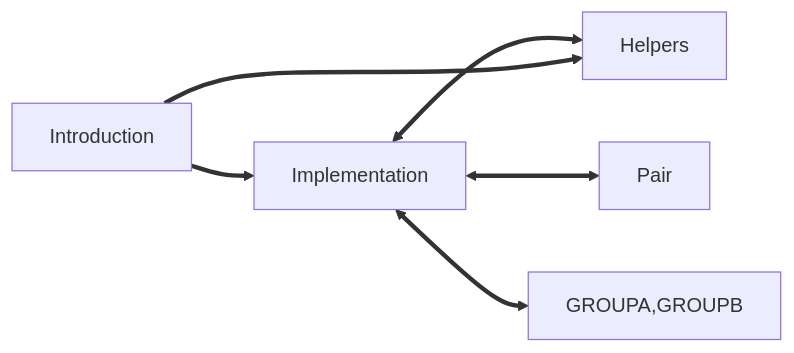
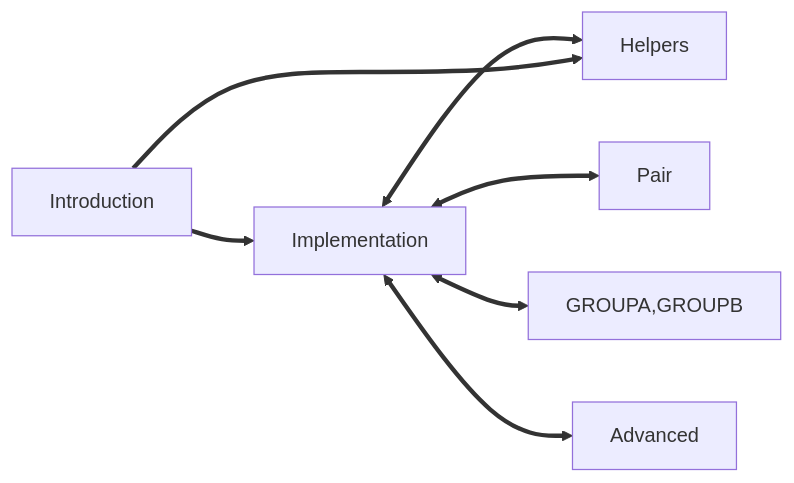
Before and after one commit to Iximiel/cudaOnPlumed: the diagram in NAVIGATION.md, drawn with Mermaid. The commit also changed 2 other files, not shown here.

Commit message:
Starting to desctibe the current plumed version

````diff
--- a/NAVIGATION.md
+++ b/NAVIGATION.md
@@ -10,22 +10,25 @@
 ```mermaid
 flowchart LR
 
 Intro[Introduction]
 Implementation
 Helpers
 AB[GROUPA,GROUPB]
 Pair
+Advanced
 
 Intro ==> Implementation
 Implementation <==> Helpers
 Intro ==> Helpers
 Implementation <==> Pair
 Implementation <==> AB
+Implementation <==> Advanced
 
 
 click Intro "NAVIGATION.md" "The introduction"
 click Implementation "Implementation.md" "The coordination implementation"
 click AB "ImplementationTwoGroups.md" "The coordination between two groups"
 click Pair "ImplementationPair.md" "The coordination in pairs"
 click Helpers "Helpers.md" "A simple manual with the helper library"
+click Advanced "Advanced.md" "Pushing the GPU"
 ```
````
